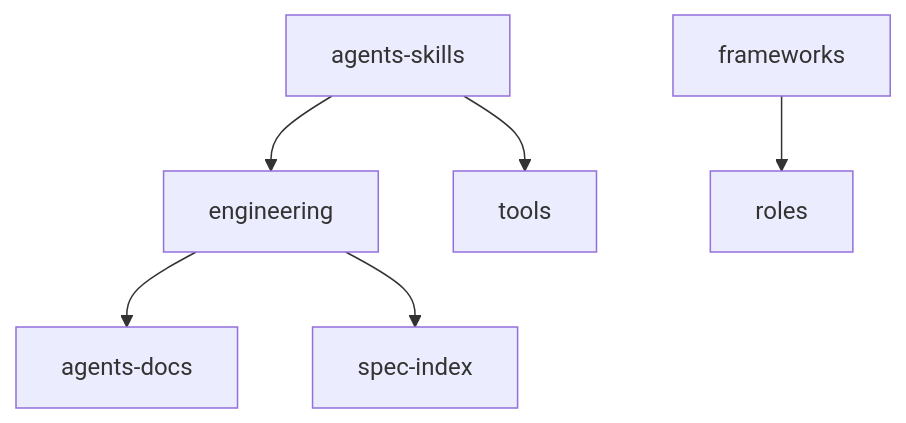
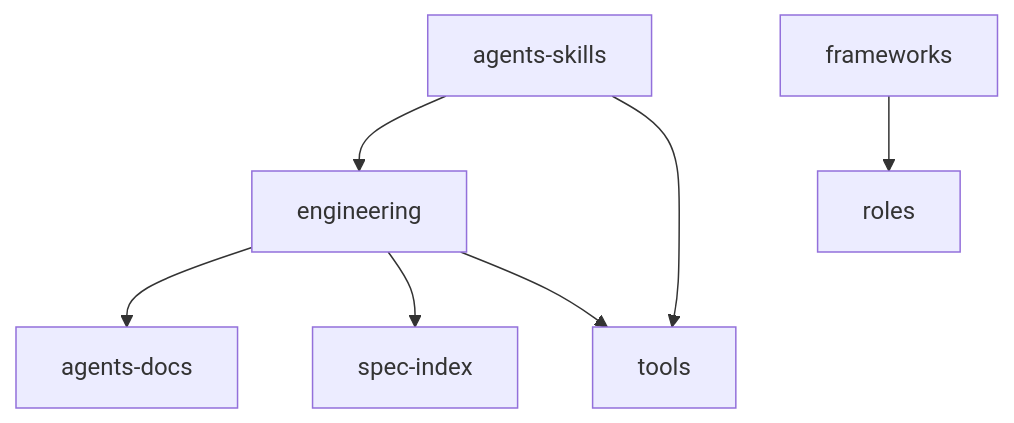
Before and after one commit to cabinet-fe/prompt-engineering: the diagram in .agents/docs/CODE-MAP.md, drawn with Mermaid. The commit also changed other lines of this file and 13 other files, not shown here.

````diff
--- a/.agents/docs/CODE-MAP.md
+++ b/.agents/docs/CODE-MAP.md
@@ -42,8 +42,9 @@
 ```mermaid
 graph TD
   engineering --> agents-docs
   engineering --> spec-index
+  engineering --> tools
   agents-skills --> engineering
   agents-skills --> tools
   frameworks --> roles
 ```
````
